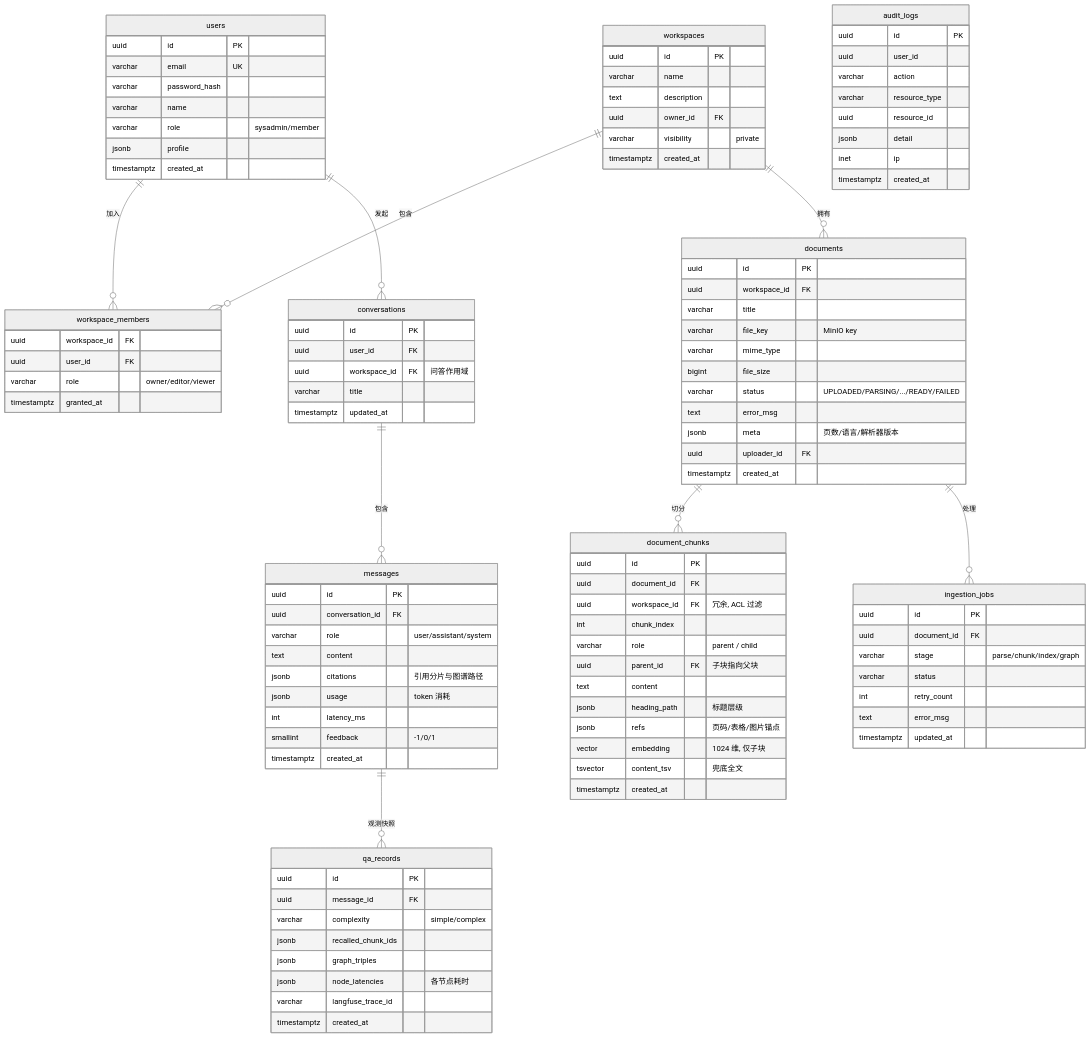
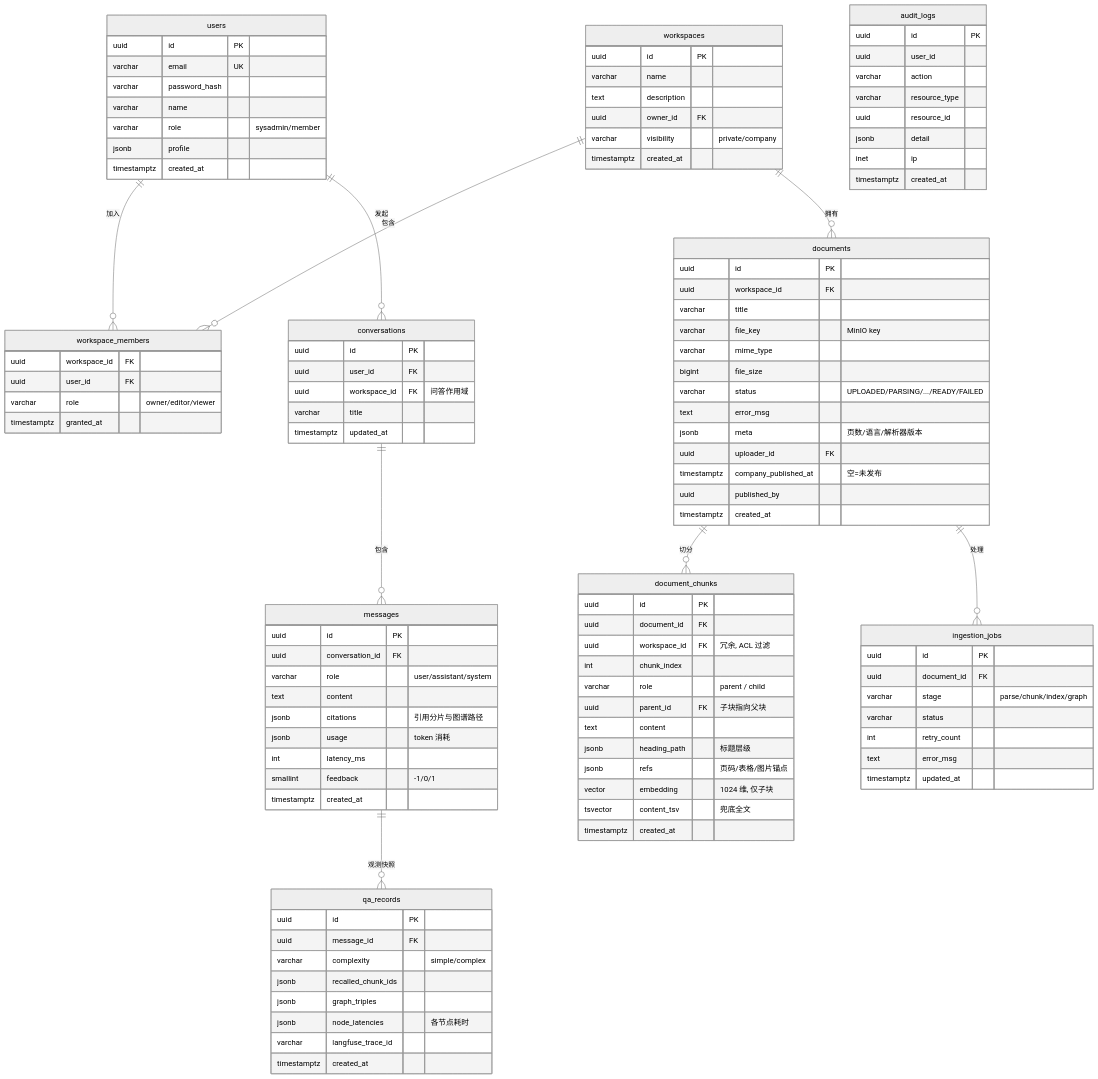
One commit to Fa-haxiki/enterprise-knowlege-hub changed the first of 2 diagrams in docs/03-database-design.md. Above: the diagram before and after it, drawn with Mermaid (neutral theme). The commit also changed other lines of this file and 35 other files, not shown here.

```diff
--- a/docs/03-database-design.md
+++ b/docs/03-database-design.md
@@ -29,7 +29,7 @@
         varchar name
         text description
         uuid owner_id FK
-        varchar visibility "private"
+        varchar visibility "private/company"
         timestamptz created_at
     }
     workspace_members {
@@ -49,6 +49,8 @@
         text error_msg
         jsonb meta "页数/语言/解析器版本"
         uuid uploader_id FK
+        timestamptz company_published_at "空=未发布"
+        uuid published_by
         timestamptz created_at
     }
     document_chunks {
```
